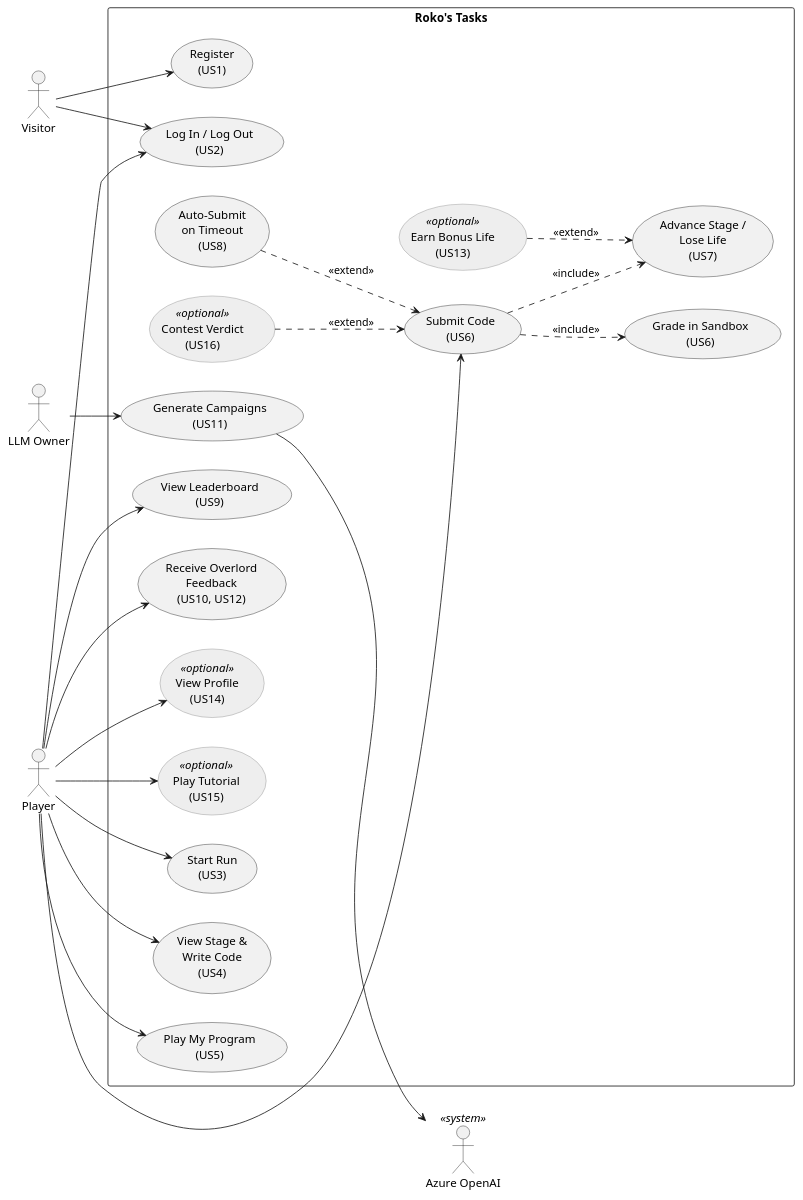
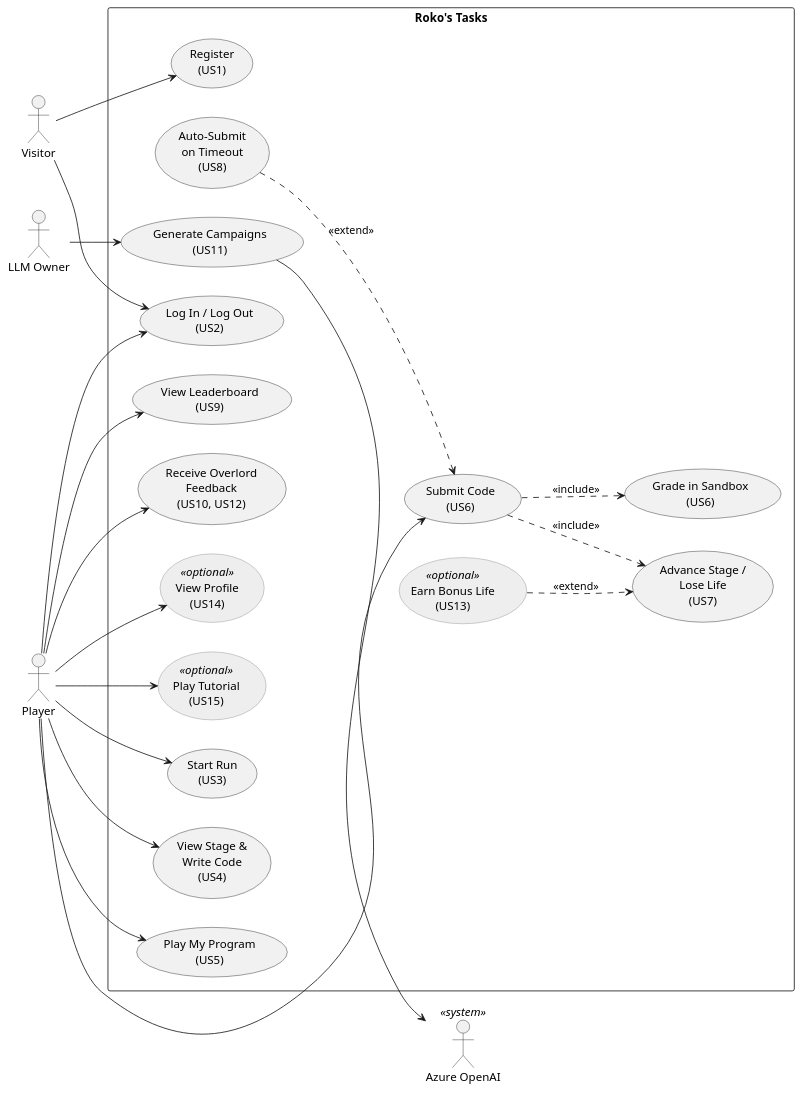
Before and after one commit to msu-denver/rokos-tasks: the diagram in uml/use_case.wsd, drawn with PlantUML. The commit also changed 6 other files, not shown here.

```diff
--- a/uml/use_case.wsd
+++ b/uml/use_case.wsd
@@ -1,61 +1,59 @@
 @startuml use_case
 ' File: use_case.wsd
 ' Description: Use case diagram for Roko's Tasks. Every use case is labeled
 '     with the user story that implements it. Grey use cases are optional
 '     stories.
 ' Author(s): <team member names>
 
 left to right direction
 skinparam packageStyle rectangle
 skinparam usecase {
     BackgroundColor<<optional>> #EEEEEE
     BorderColor<<optional>> #888888
 }
 
 actor Visitor
 actor Player
 actor "LLM Owner" as LlmOwner
 actor "Azure OpenAI" as Azure <<system>>
 
 rectangle "Roko's Tasks" {
     usecase "Register\n(US1)" as UC1
     usecase "Log In / Log Out\n(US2)" as UC2
     usecase "Start Run\n(US3)" as UC3
     usecase "View Stage &\nWrite Code\n(US4)" as UC4
     usecase "Play My Program\n(US5)" as UC5
     usecase "Submit Code\n(US6)" as UC6
     usecase "Grade in Sandbox\n(US6)" as UCGrade
     usecase "Advance Stage /\nLose Life\n(US7)" as UC7
     usecase "Auto-Submit\non Timeout\n(US8)" as UC8
     usecase "View Leaderboard\n(US9)" as UC9
     usecase "Receive Overlord\nFeedback\n(US10, US12)" as UC10
     usecase "Generate Campaigns\n(US11)" as UC11
     usecase "Earn Bonus Life\n(US13)" as UC13 <<optional>>
     usecase "View Profile\n(US14)" as UC14 <<optional>>
     usecase "Play Tutorial\n(US15)" as UC15 <<optional>>
-    usecase "Contest Verdict\n(US16)" as UC16 <<optional>>
 }
 
 Visitor --> UC1
 Visitor --> UC2
 
 Player --> UC2
 Player --> UC3
 Player --> UC4
 Player --> UC5
 Player --> UC6
 Player --> UC9
 Player --> UC10
 Player --> UC14
 Player --> UC15
 
 UC6 ..> UCGrade : <<include>>
 UC6 ..> UC7 : <<include>>
 UC8 ..> UC6 : <<extend>>
 UC13 ..> UC7 : <<extend>>
-UC16 ..> UC6 : <<extend>>
 
 LlmOwner --> UC11
 UC11 --> Azure
 
 @enduml
```
